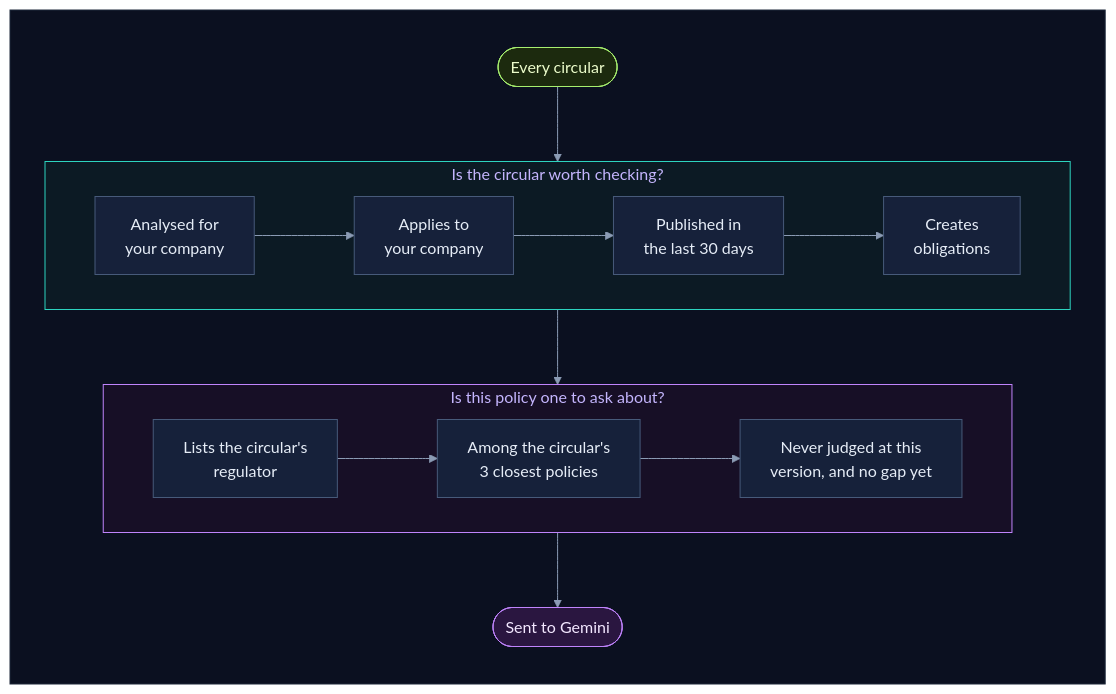
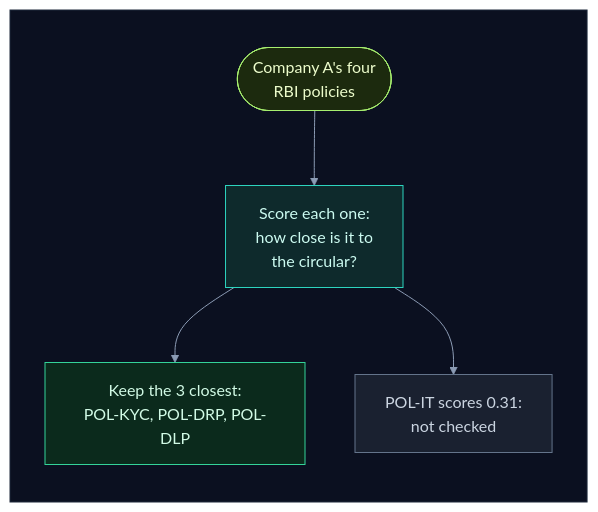
One commit to selvakumarperumal/Regulatory_Circular_Impact_Agent changed diagram 13 of 52 in how_it_works.md. Above: the diagram before and after it, drawn with Mermaid. The commit also changed other lines of this file and 3 other files, not shown here.

First line of the commit message:
Rewrite how_it_works.md in plain words, a diagram per step

````diff
--- a/how_it_works.md
+++ b/how_it_works.md
@@ -825,33 +663,25 @@
 ```mermaid
 %%{init: {"theme": "base", "flowchart": {"diagramPadding": 0}, "themeVariables": {"darkMode": true, "primaryColor": "#16213a", "primaryTextColor": "#e6edf7", "primaryBorderColor": "#475a7a", "lineColor": "#8b9bb4", "secondaryColor": "#1b2436", "tertiaryColor": "#101a2e", "edgeLabelBackground": "#0f172a", "textColor": "#e2e8f0", "clusterBkg": "#0f1728", "clusterBorder": "#2b3a55", "titleColor": "#c4b5fd", "nodeTextColor": "#e6edf7"}}}%%
 flowchart TD
     subgraph canvas[" "]
         direction TB
-        all(["Every circular"]) --> row1
-        subgraph row1["Is the circular worth checking?"]
-            direction LR
-            a["Analysed for<br/>your company"] --> b["Applies to<br/>your company"] --> c["Published in<br/>the last 30 days"] --> d["Creates<br/>obligations"]
-        end
-        row1 --> row2
-        subgraph row2["Is this policy one to ask about?"]
-            direction LR
-            e["Lists the circular's<br/>regulator"] --> f["Among the circular's<br/>3 closest policies"] --> g["Never judged at this<br/>version, and no gap yet"]
-        end
-        row2 --> ask(["Sent to Gemini"])
+        p(["Company A's four<br/>RBI policies"]) --> sc["Score each one:<br/>how close is it to<br/>the circular?"]
+        sc --> top["Keep the 3 closest:<br/>POL-KYC, POL-DRP, POL-DLP"]
+        sc --> no["POL-IT scores 0.31:<br/>not checked"]
     end
-
     classDef svc fill:#0e2a2c,stroke:#2dd4bf,color:#ccfbf1
     classDef data fill:#1c1a47,stroke:#818cf8,color:#e0e7ff
     classDef ext fill:#2a1640,stroke:#c084fc,color:#f3e8ff
     classDef gpu fill:#2d1b0c,stroke:#fb923c,color:#ffedd5
     classDef ask fill:#2a2410,stroke:#fbbf24,color:#fef3c7
     classDef ok fill:#0b2a1c,stroke:#34d399,color:#d1fae5
     classDef bad fill:#2e0f17,stroke:#fb7185,color:#ffe4e6
     classDef start fill:#1c2a0e,stroke:#a7ef6f,color:#ecfccb
     classDef muted fill:#1a2130,stroke:#64748b,color:#cbd5e1
-    class all start
-    class ask ext
-    style row1 fill:#0c1a24,stroke:#2dd4bf
-    style row2 fill:#170f26,stroke:#c084fc
+    classDef queue fill:#0c2231,stroke:#38bdf8,color:#e0f2fe
+    class p start
+    class sc svc
+    class top ok
+    class no muted
     style canvas fill:#0b1020,stroke:#1e293b,color:#0b1020
 ```
````
